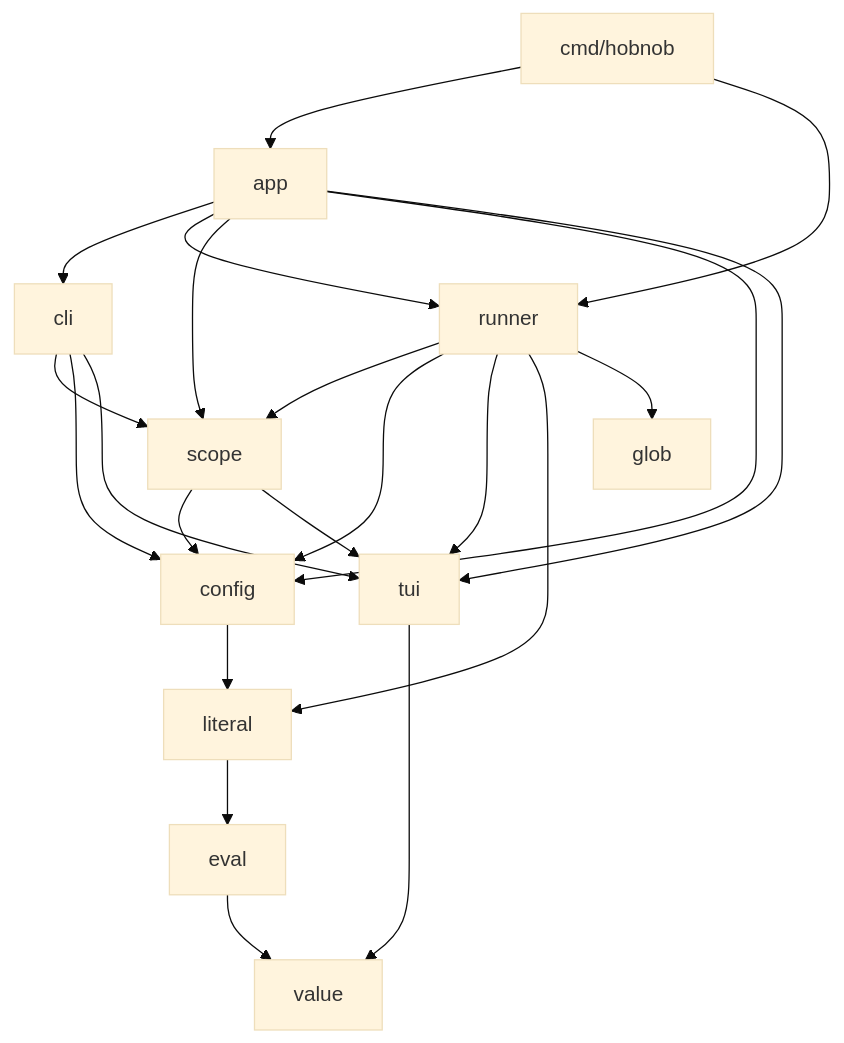
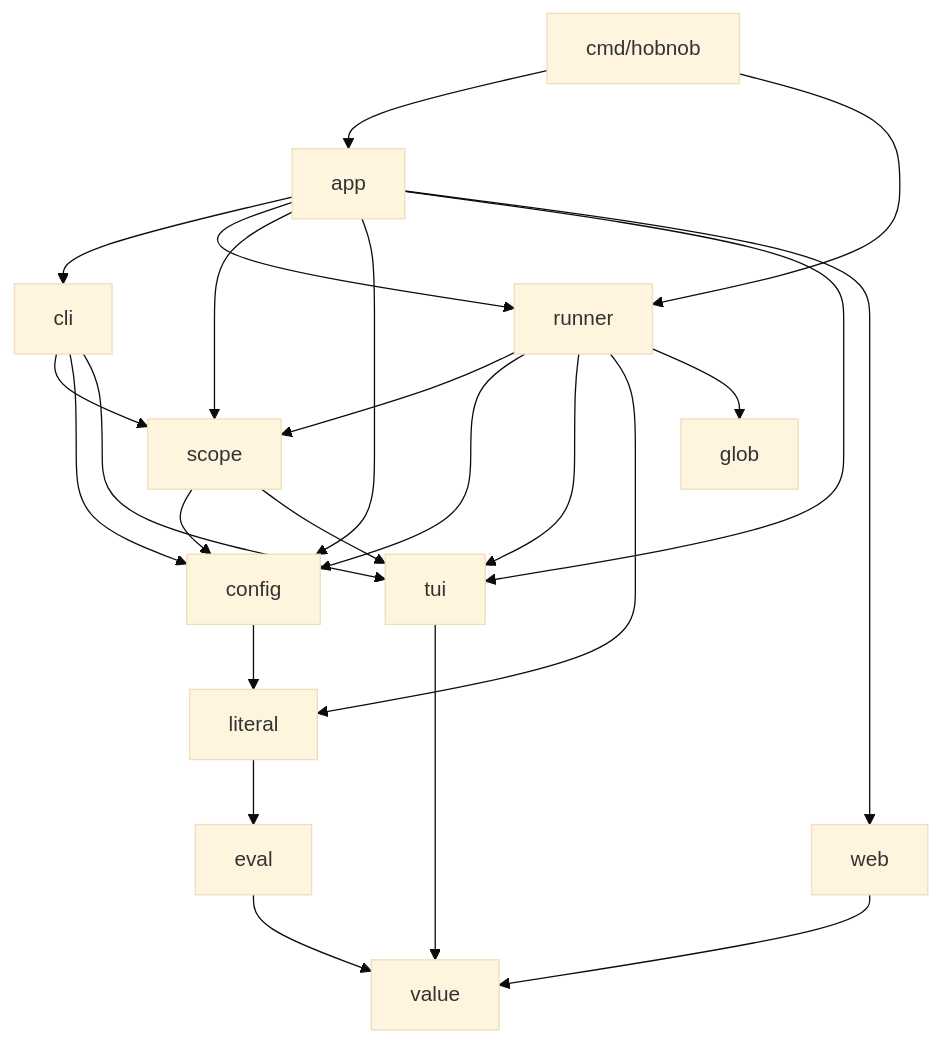
The first of 7 diagrams in ARCHITECTURE.md (JakesMD/hobnob), drawn with Mermaid (base theme) before and after one commit. The commit also changed other lines of this file and 23 other files, not shown here.

````diff
--- a/ARCHITECTURE.md
+++ b/ARCHITECTURE.md
@@ -92,24 +97,26 @@
 ```mermaid
 flowchart TD
     cmd[cmd/hobnob] --> app
     cmd --> runner
     app --> cli
     app --> runner
     app --> scope
     app --> config
     app --> tui
+    app --> web
     cli --> scope
     cli --> config
     cli --> tui
     runner --> scope
     runner --> config
     runner --> tui
     runner --> literal
     runner --> glob
     scope --> config
     scope --> tui
     config --> literal
     literal --> eval
     eval --> value
     tui --> value
+    web --> value
 ```
````
